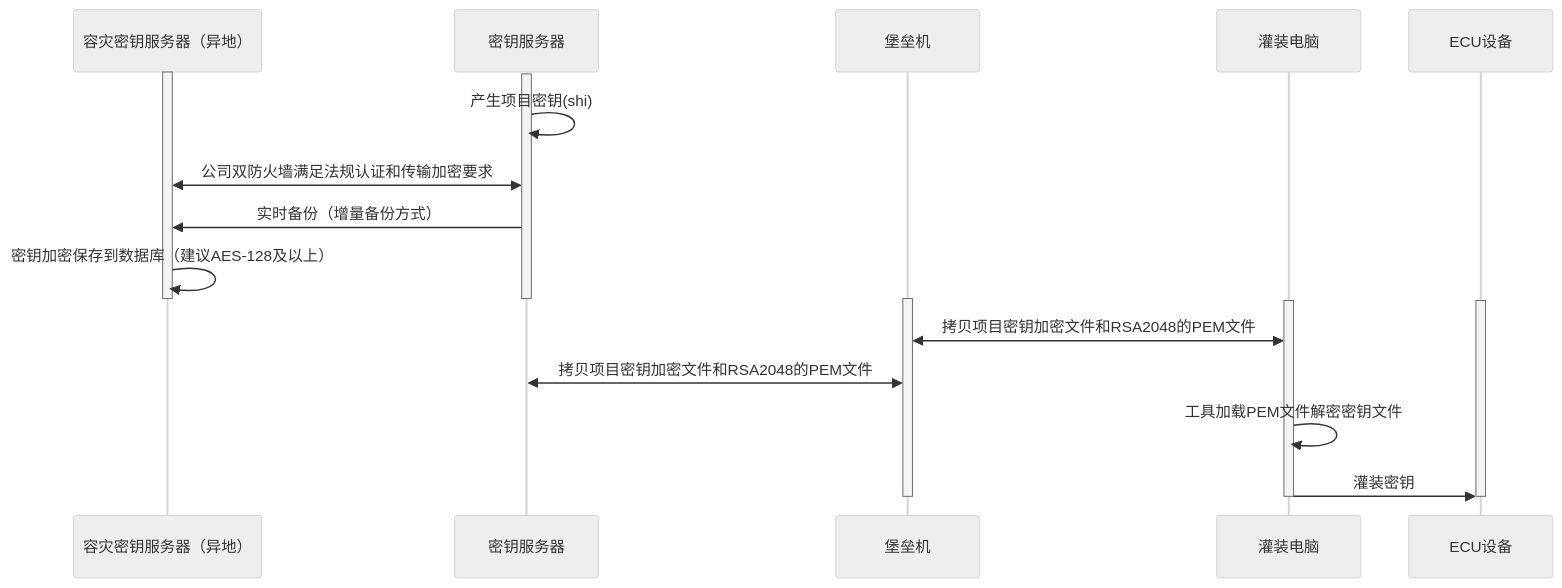
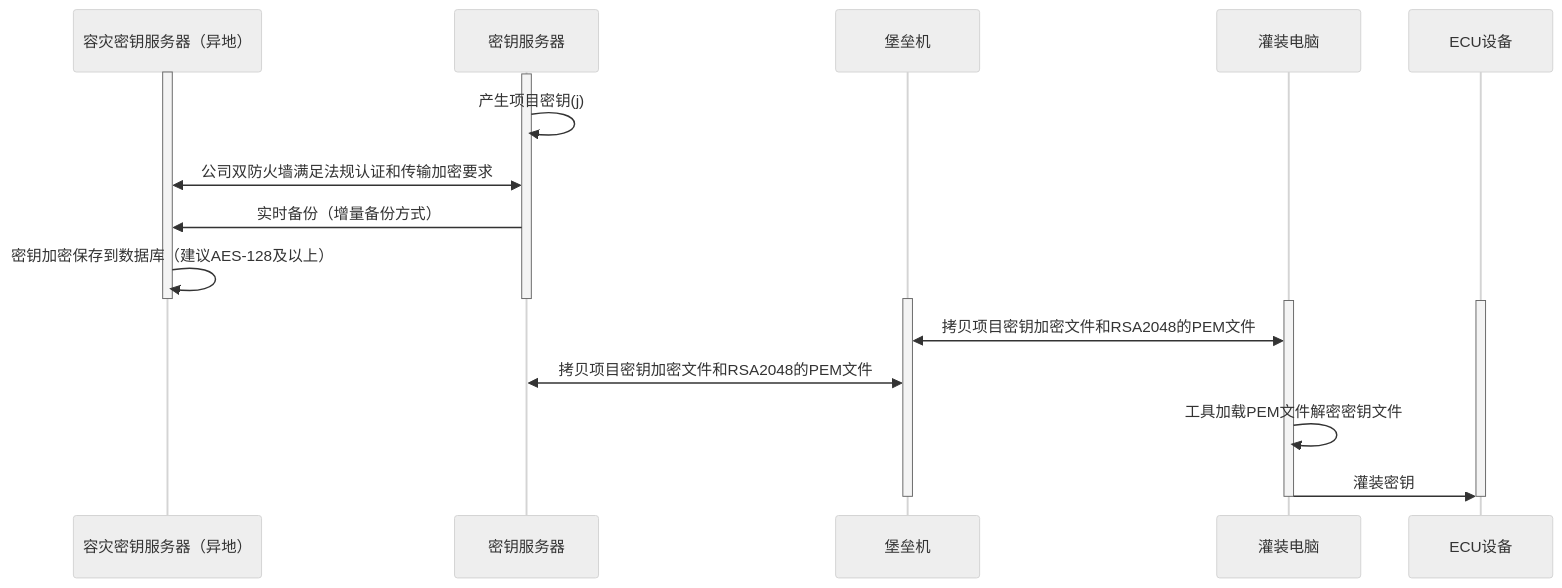
Before and after one commit to facebook-cloud/iodraw-files: the diagram in all/未命名-15.md, drawn with Mermaid (neutral theme).

Commit message:
2026-02-07 10:27:35 update

````diff
--- a/all/未命名-15.md
+++ b/all/未命名-15.md
@@ -1,30 +1,30 @@
 ```mermaid
 sequenceDiagram
     participant A as 容灾密钥服务器（异地）
     participant B as 密钥服务器
     participant C as 堡垒机
     participant D as 灌装电脑
     participant E as ECU设备
 
     activate A
     activate B
-    B->>B: 产生项目密钥(shi)
+    B->>B: 产生项目密钥(j)
     A<<->>B: 公司双防火墙满足法规认证和传输加密要求
     B->>A: 实时备份（增量备份方式）
     A->>A: 密钥加密保存到数据库（建议AES-128及以上）
     deactivate B
     deactivate A
 
     activate C
     activate D
     activate E
 
     D<<->>C: 拷贝项目密钥加密文件和RSA2048的PEM文件
     C<<->>B: 拷贝项目密钥加密文件和RSA2048的PEM文件
     D->>D:工具加载PEM文件解密密钥文件
     D->>E: 灌装密钥
     deactivate C
     deactivate D
     deactivate E
 
 ```
````
